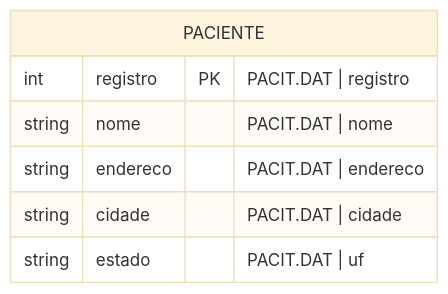
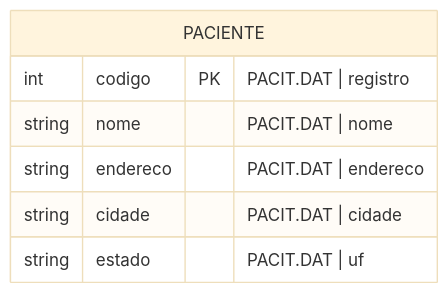
The diagram in Módulos/Recepção/Entidades/Paciente (PACIT.DAT, PACIT2.DAT, PACIT3.DAT).md (Nicolas-CustomCode/refactor-hospital-maternidade), drawn with Mermaid (base theme) before and after one commit. The commit also changed 6 other files, not shown here.

````diff
--- a/Módulos/Recepção/Entidades/Paciente (PACIT.DAT, PACIT2.DAT, PACIT3.DAT).md
+++ b/Módulos/Recepção/Entidades/Paciente (PACIT.DAT, PACIT2.DAT, PACIT3.DAT).md
@@ -13,11 +13,11 @@
 ```mermaid
 erDiagram
 PACIENTE {
-	int registro PK "PACIT.DAT | registro"
+	int codigo PK "PACIT.DAT | registro"
 	string nome "PACIT.DAT | nome"
 	string endereco "PACIT.DAT | endereco"
 	string cidade "PACIT.DAT | cidade"
 	string estado "PACIT.DAT | uf"
 	
 }
 ```
````
